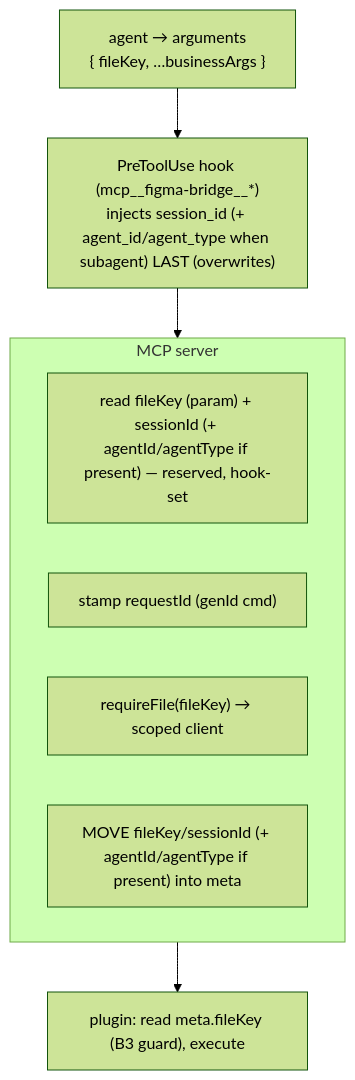
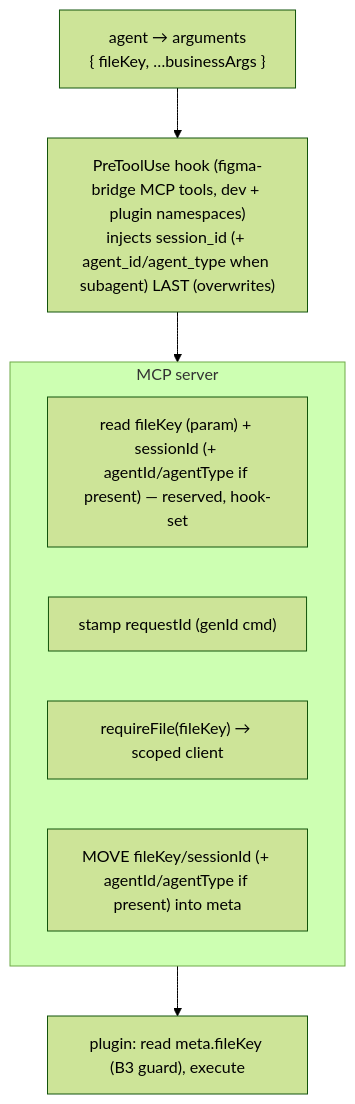
One commit to yleilu/figma-agent-bridge changed the diagram in docs/specs/request-envelope.md. Above: the diagram before and after it, drawn with Mermaid (forest theme). The commit also changed other lines of this file and 1 other file, not shown here.

First line of the commit message:
docs(spec): reconcile request-envelope + claude-plugin with the shipped hook

````diff
--- a/docs/specs/request-envelope.md
+++ b/docs/specs/request-envelope.md
@@ -198,12 +200,12 @@
 ```mermaid
 flowchart TB
     A["agent → arguments\n{ fileKey, …businessArgs }"] --> HK
-    HK["PreToolUse hook (mcp__figma-bridge__*)\ninjects session_id (+ agent_id/agent_type when subagent) LAST (overwrites)"] --> SRV
+    HK["PreToolUse hook (figma-bridge MCP tools, dev + plugin namespaces)\ninjects session_id (+ agent_id/agent_type when subagent) LAST (overwrites)"] --> SRV
     subgraph SRV["MCP server"]
         R["read fileKey (param) + sessionId (+ agentId/agentType if present) — reserved, hook-set"]
         Q["stamp requestId (genId cmd)"]
         RF["requireFile(fileKey) → scoped client"]
         M["MOVE fileKey/sessionId (+ agentId/agentType if present) into meta"]
     end
     SRV --> P["plugin: read meta.fileKey (B3 guard), execute"]
 ```
````
